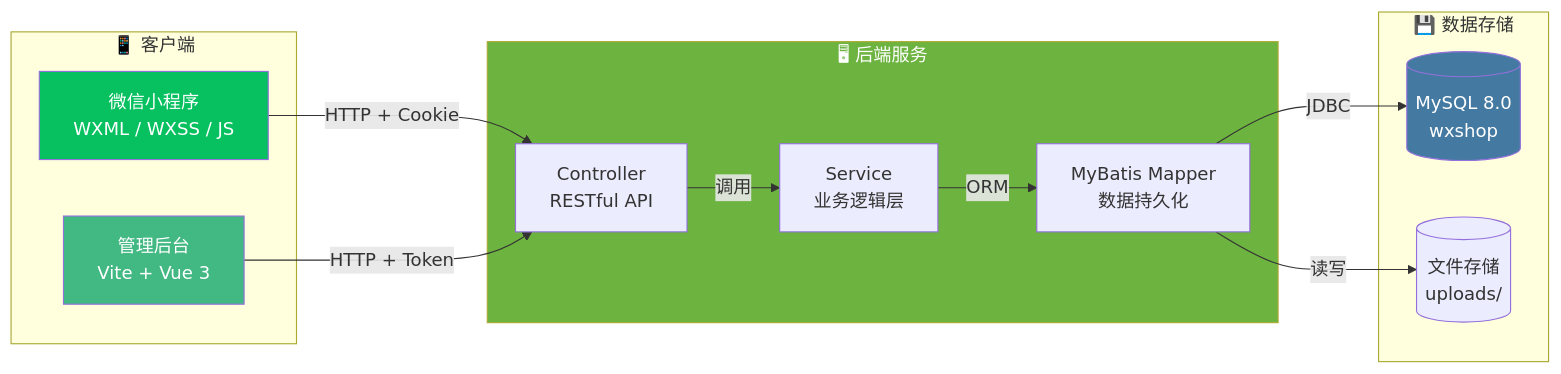
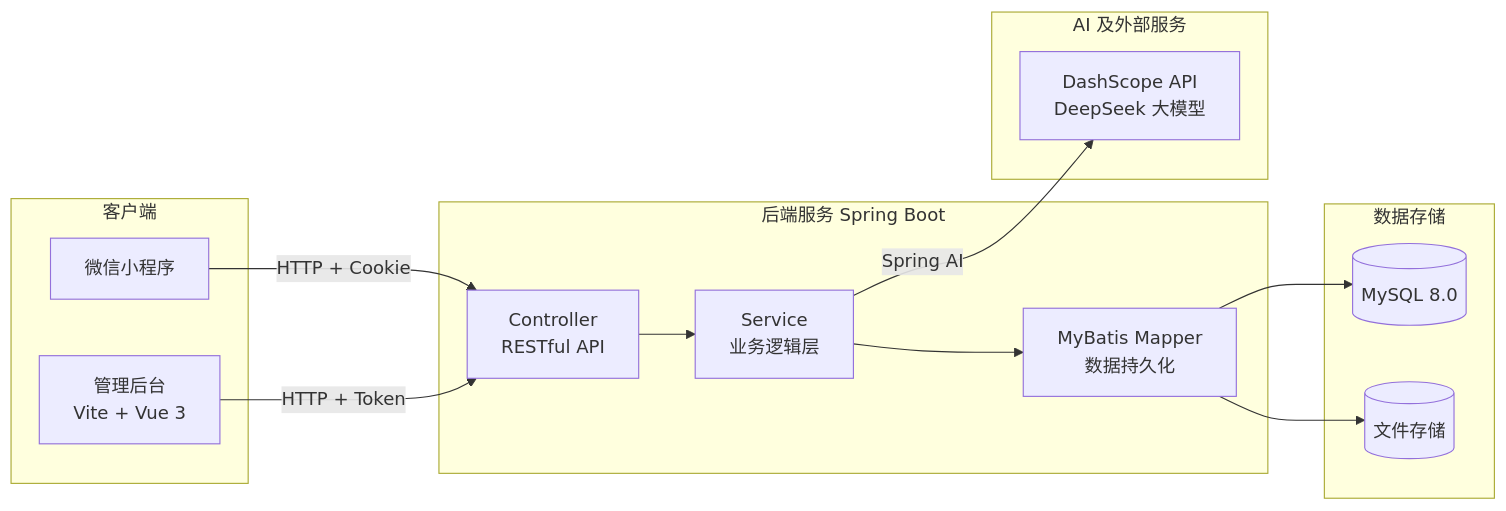
One commit to XingJi-love/yikou-canteen changed the first of 2 diagrams in README.md. Above: the diagram before and after it, drawn with Mermaid. The commit also changed other lines of this file and 23 other files, not shown here.

````diff
--- a/README.md
+++ b/README.md
@@ -7,30 +20,29 @@
 ```mermaid
 flowchart LR
-    subgraph Client["📱 客户端"]
-        MP[微信小程序<br/>WXML / WXSS / JS]
+    subgraph Client["客户端"]
+        MP[微信小程序]
         Admin[管理后台<br/>Vite + Vue 3]
     end
 
-    subgraph Backend["🖥 后端服务"]
+    subgraph Backend["后端服务 Spring Boot"]
         API[Controller<br/>RESTful API]
         SVC[Service<br/>业务逻辑层]
         MAP[MyBatis Mapper<br/>数据持久化]
     end
 
-    subgraph Data["💾 数据存储"]
-        MySQL[(MySQL 8.0<br/>wxshop)]
-        FS[(文件存储<br/>uploads/)]
+    subgraph External["AI 及外部服务"]
+        DashScope[DashScope API<br/>DeepSeek 大模型]
+    end
+
+    subgraph Data["数据存储"]
+        MySQL[(MySQL 8.0)]
+        FS[(文件存储)]
     end
 
     MP -->|HTTP + Cookie| API
     Admin -->|HTTP + Token| API
-    API -->|调用| SVC
-    SVC -->|ORM| MAP
-    MAP -->|JDBC| MySQL
-    MAP -->|读写| FS
-
-    style MP fill:#07C160,color:#fff
-    style Admin fill:#42B883,color:#fff
-    style Backend fill:#6DB33F,color:#fff
-    style MySQL fill:#4479A1,color:#fff
+    API --> SVC --> MAP
+    SVC -->|Spring AI| DashScope
+    MAP --> MySQL
+    MAP --> FS
 ```
````
